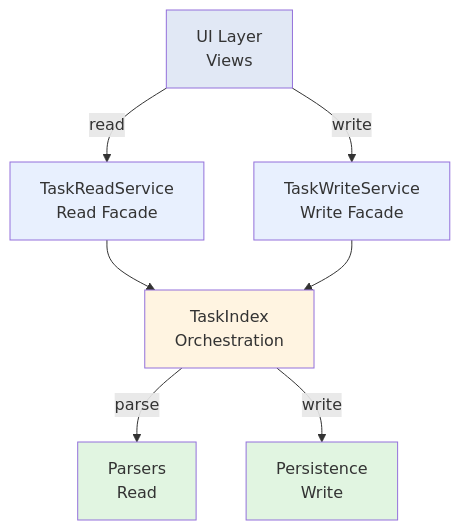
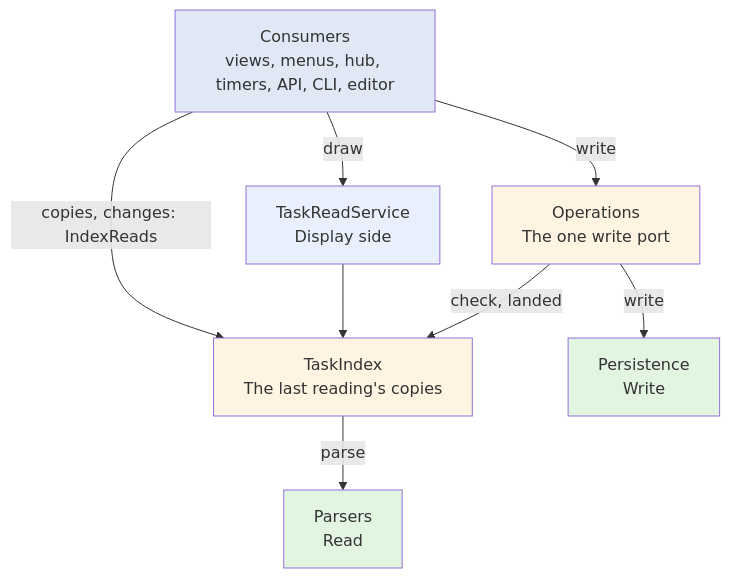
One commit to KawaNae/Obsidian-task-viewer changed the diagram in DEVELOPER.md. Above: the diagram before and after it, drawn with Mermaid. The commit also changed other lines of this file, not shown here.

First line of the commit message:
docs(ops): describe the index, the operations and persistence, the one write port, the two notify ports and the delete notification in DEVELOPER.md

````diff
--- a/DEVELOPER.md
+++ b/DEVELOPER.md
@@ -58,23 +58,24 @@
 ```mermaid
 graph TB
-    UI[UI Layer<br/>Views]
-    Read[TaskReadService<br/>Read Facade]
-    Write[TaskWriteService<br/>Write Facade]
-    Index[TaskIndex<br/>Orchestration]
+    UI[Consumers<br/>views, menus, hub, timers, API, CLI, editor]
+    Read[TaskReadService<br/>Display side]
+    Ops[Operations<br/>The one write port]
+    Index[TaskIndex<br/>The last reading's copies]
     Parser[Parsers<br/>Read]
     Repo[Persistence<br/>Write]
 
-    UI -->|read| Read
-    UI -->|write| Write
+    UI -->|draw| Read
+    UI -->|copies, changes: IndexReads| Index
+    UI -->|write| Ops
     Read --> Index
-    Write --> Index
+    Ops -->|check, landed| Index
+    Ops -->|write| Repo
     Index -->|parse| Parser
-    Index -->|write| Repo
 
     style Parser fill:#e1f5e1
     style Repo fill:#e1f5e1
     style Index fill:#fff4e1
+    style Ops fill:#fff4e1
     style Read fill:#e8f0fe
-    style Write fill:#e8f0fe
     style UI fill:#e1e8f5
 ```
````
